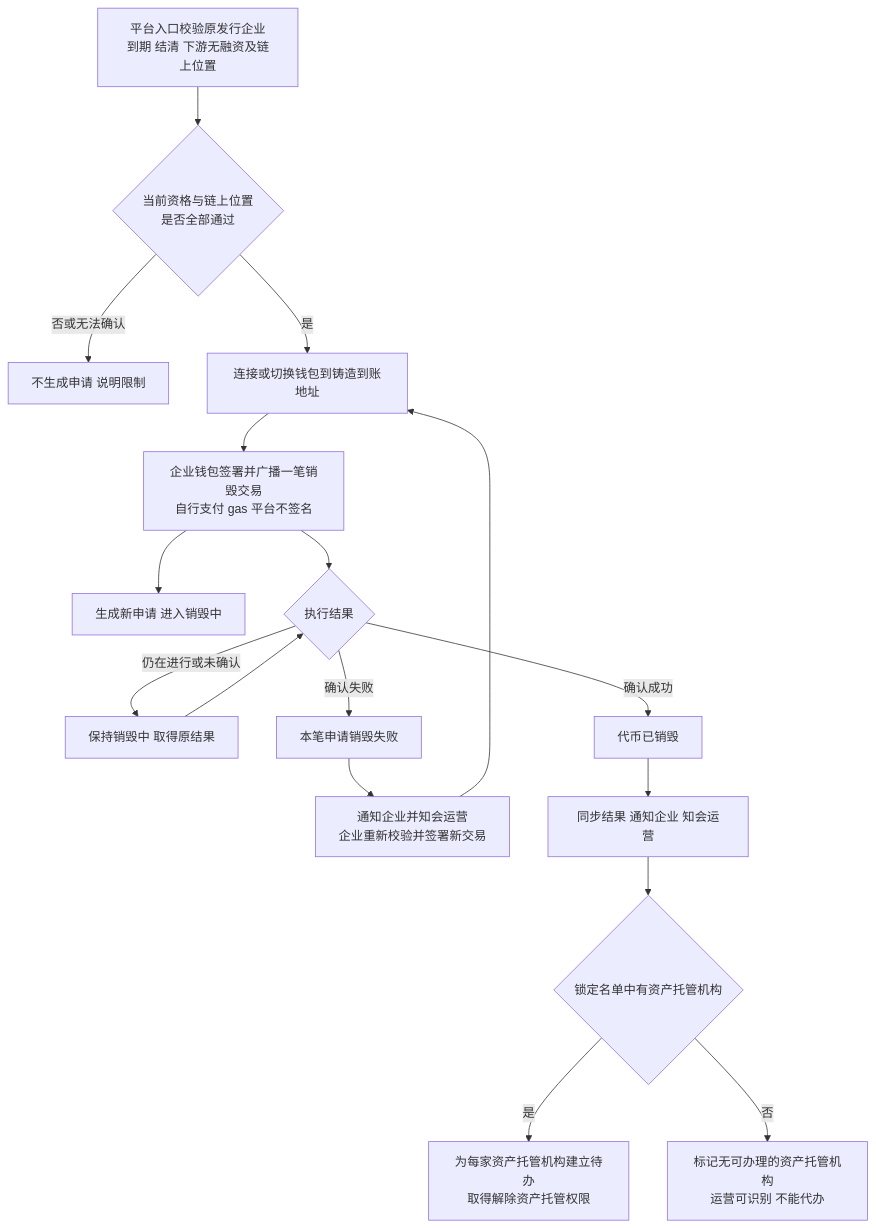
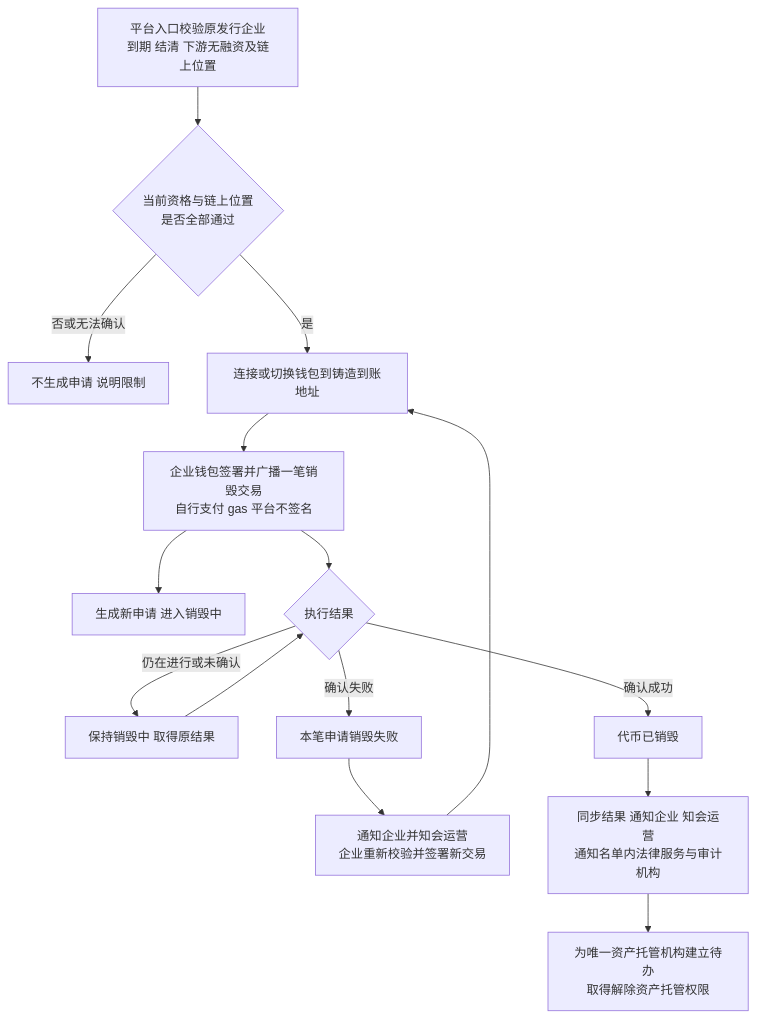
Before and after one commit to wxblockchain/Chain-Financing: the first of 5 diagrams in token-issuance-platform/PRD/管理端/M4b-销毁审核与解除质押/02-销毁审核与解除质押-流程图与状态机.md, drawn with Mermaid. The commit also changed other lines of this file and 7 other files, not shown here.

````diff
--- a/token-issuance-platform/PRD/管理端/M4b-销毁审核与解除质押/02-销毁审核与解除质押-流程图与状态机.md
+++ b/token-issuance-platform/PRD/管理端/M4b-销毁审核与解除质押/02-销毁审核与解除质押-流程图与状态机.md
@@ -18,19 +18,17 @@
 ```mermaid
 flowchart TD
     A[平台入口校验原发行企业<br/>到期 结清 下游无融资及链上位置] --> B{当前资格与链上位置<br/>是否全部通过}
     B -->|否或无法确认| C[不生成申请 说明限制]
     B -->|是| D[连接或切换钱包到铸造到账地址]
     D --> F[企业钱包签署并广播一笔销毁交易<br/>自行支付 gas 平台不签名]
     F --> X[生成新申请 进入销毁中]
     F --> G{执行结果}
     G -->|仍在进行或未确认| H[保持销毁中 取得原结果]
     H --> G
     G -->|确认失败| I[本笔申请销毁失败]
     I --> J[通知企业并知会运营<br/>企业重新校验并签署新交易]
     J --> D
     G -->|确认成功| K[代币已销毁]
-    K --> L[同步结果 通知企业 知会运营]
-    L --> N{锁定名单中有资产托管机构}
-    N -->|是| O[为每家资产托管机构建立待办<br/>取得解除资产托管权限]
-    N -->|否| Q[标记无可办理的资产托管机构<br/>运营可识别 不能代办]
+    K --> L[同步结果 通知企业 知会运营<br/>通知名单内法律服务与审计机构]
+    L --> O[为唯一资产托管机构建立待办<br/>取得解除资产托管权限]
 ```
````
